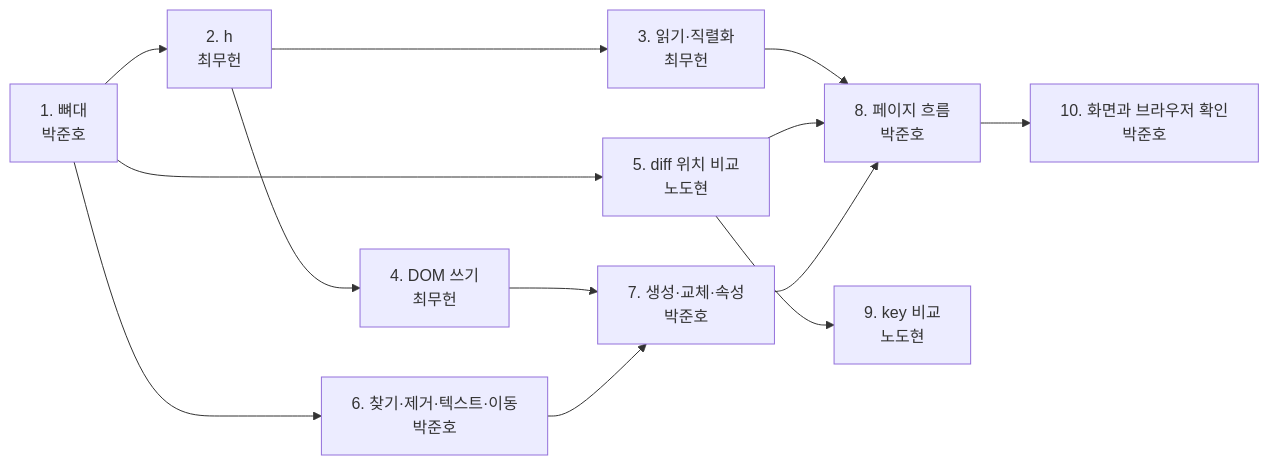
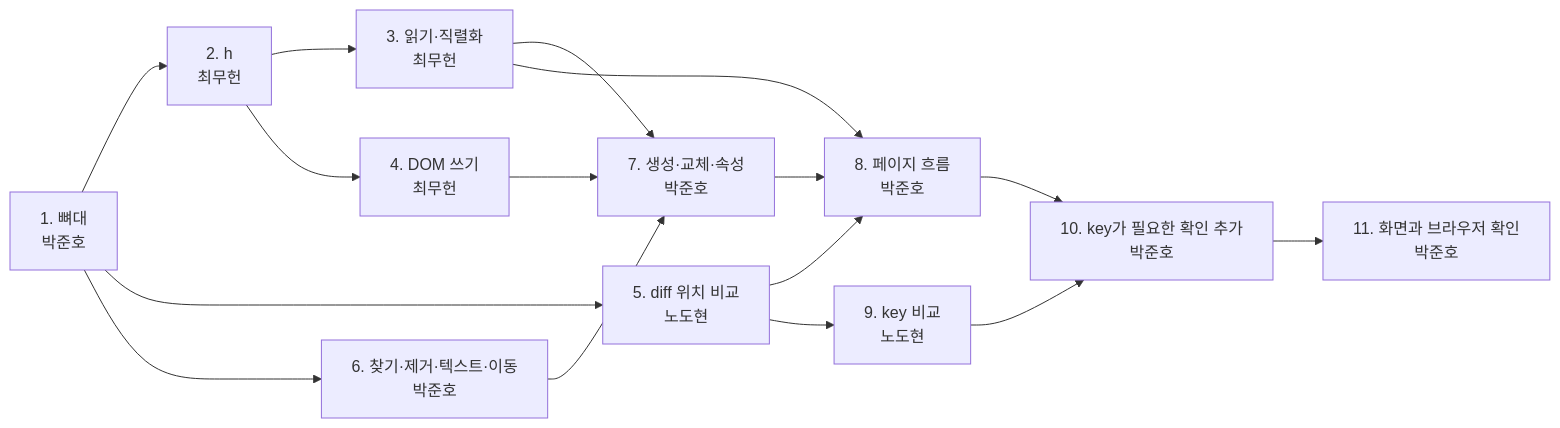
The diagram in docs/design/phase-1-plan.md (NARi3040/KJG-SW-AI-W11-React), drawn with Mermaid before and after one commit. The commit also changed other lines of this file and 5 other files, not shown here.

````diff
--- a/docs/design/phase-1-plan.md
+++ b/docs/design/phase-1-plan.md
@@ -33,15 +40,18 @@
 ```mermaid
 flowchart LR
   A["1. 뼈대<br/>박준호"] --> B["2. h<br/>최무헌"]
   B --> C["3. 읽기·직렬화<br/>최무헌"]
   B --> D["4. DOM 쓰기<br/>최무헌"]
   A --> E["5. diff 위치 비교<br/>노도현"]
   A --> F["6. 찾기·제거·텍스트·이동<br/>박준호"]
   D --> G["7. 생성·교체·속성<br/>박준호"]
   F --> G
+  C --> G
   C --> H["8. 페이지 흐름<br/>박준호"]
   E --> H
   G --> H
   E --> I["9. key 비교<br/>노도현"]
-  H --> J["10. 화면과 브라우저 확인<br/>박준호"]
+  H --> K["10. key가 필요한 확인 추가<br/>박준호"]
+  I --> K
+  K --> J["11. 화면과 브라우저 확인<br/>박준호"]
 ```
````
